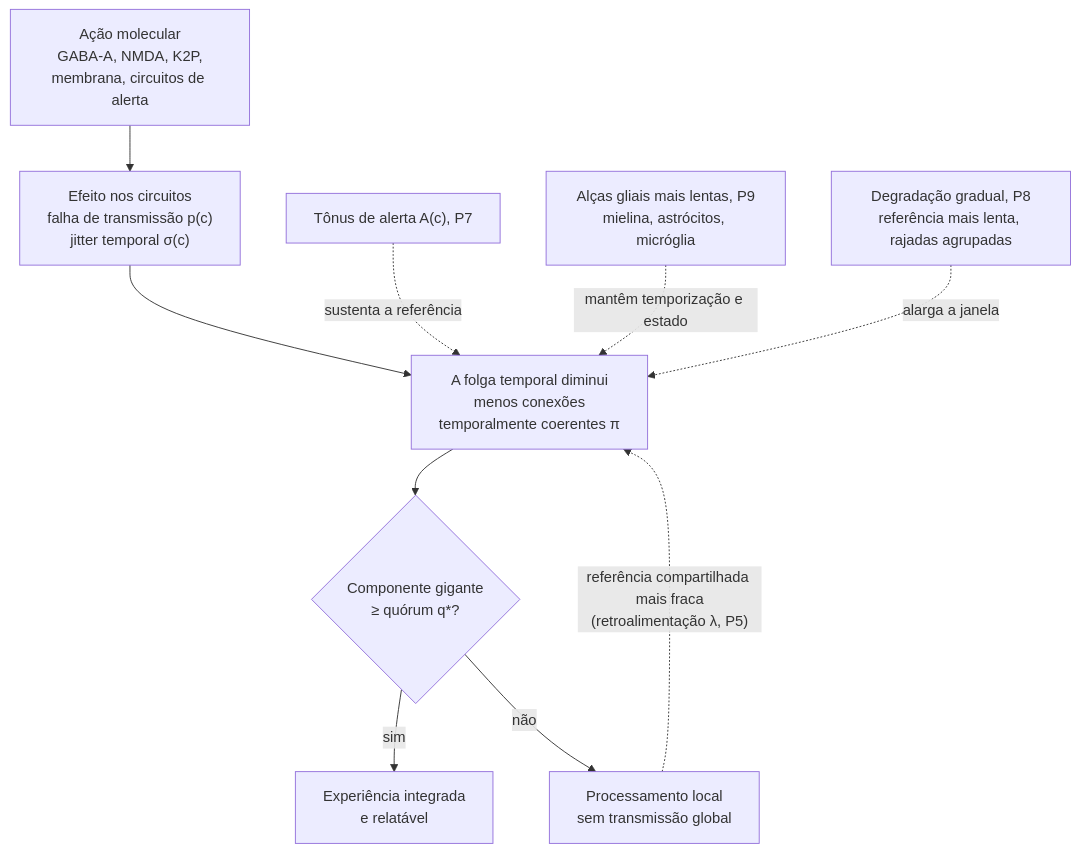
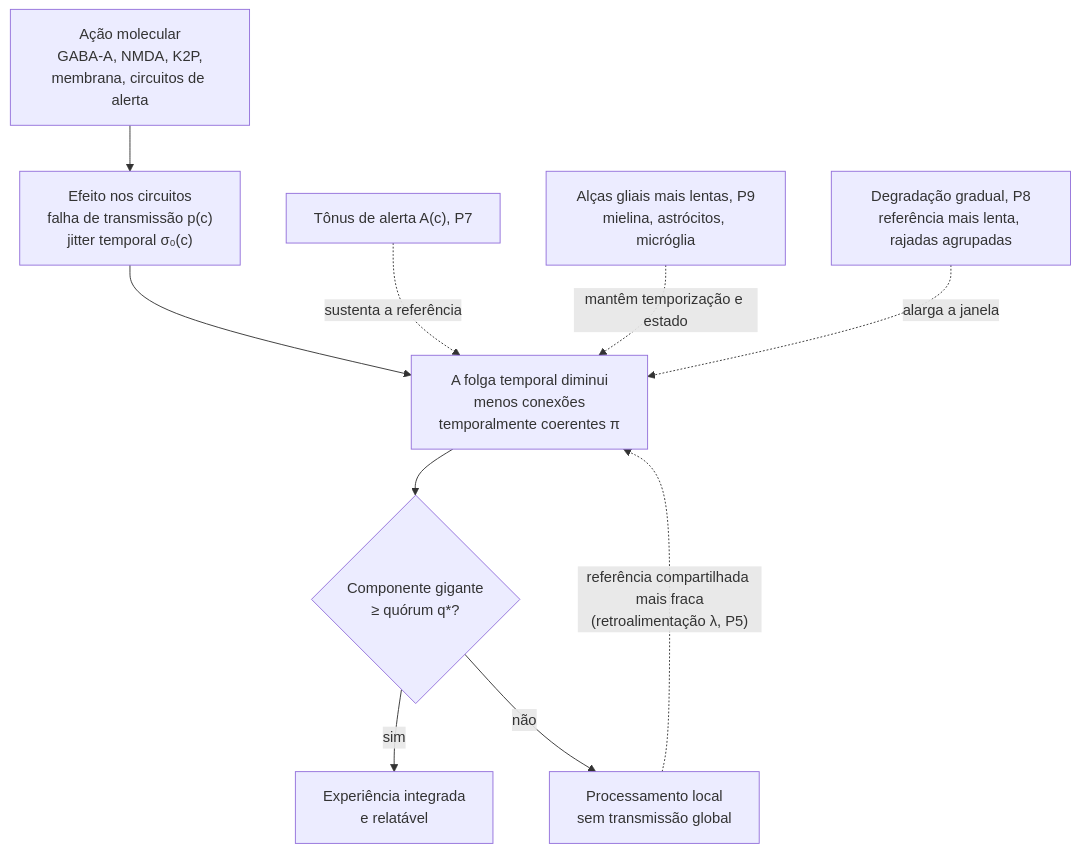
The first of 2 diagrams in white_paper_anesthesia_consensus.pt-BR.md (DrGabriel/neuroscience), drawn with Mermaid before and after one commit. The commit also changed other lines of this file and 3 other files, not shown here.

First line of the commit message:
Reading-flow fixes from a front-to-back review (EN + pt-BR)

````diff
--- a/white_paper_anesthesia_consensus.pt-BR.md
+++ b/white_paper_anesthesia_consensus.pt-BR.md
@@ -194,12 +194,12 @@
 ```mermaid
 flowchart TB
-    A["Ação molecular<br/>GABA-A, NMDA, K2P,<br/>membrana, circuitos de alerta"] --> B["Efeito nos circuitos<br/>falha de transmissão p(c)<br/>jitter temporal σ(c)"]
+    A["Ação molecular<br/>GABA-A, NMDA, K2P,<br/>membrana, circuitos de alerta"] --> B["Efeito nos circuitos<br/>falha de transmissão p(c)<br/>jitter temporal σ₀(c)"]
     B --> C["A folga temporal diminui<br/>menos conexões<br/>temporalmente coerentes π"]
     C --> D{"Componente gigante<br/>≥ quórum q*?"}
     D -- sim --> E["Experiência integrada<br/>e relatável"]
     D -- não --> F["Processamento local<br/>sem transmissão global"]
     F -. "referência compartilhada mais fraca<br/>(retroalimentação λ, P5)" .-> C
     G["Tônus de alerta A(c), P7"] -. "sustenta a referência" .-> C
     I["Alças gliais mais lentas, P9<br/>mielina, astrócitos, micróglia"] -. "mantêm temporização e estado" .-> C
     H["Degradação gradual, P8<br/>referência mais lenta, rajadas agrupadas"] -. "alarga a janela" .-> C
 ```
````
